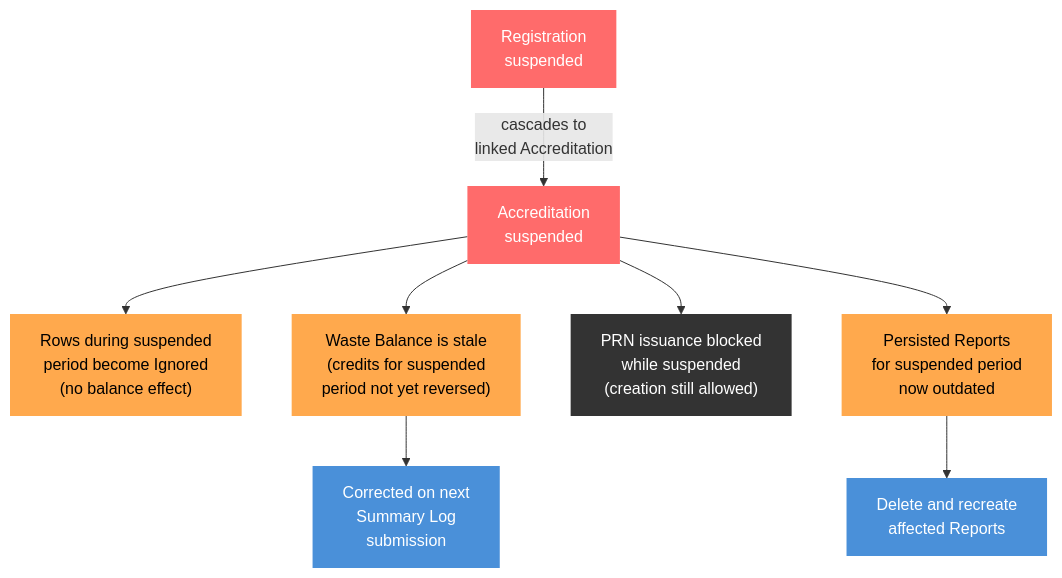
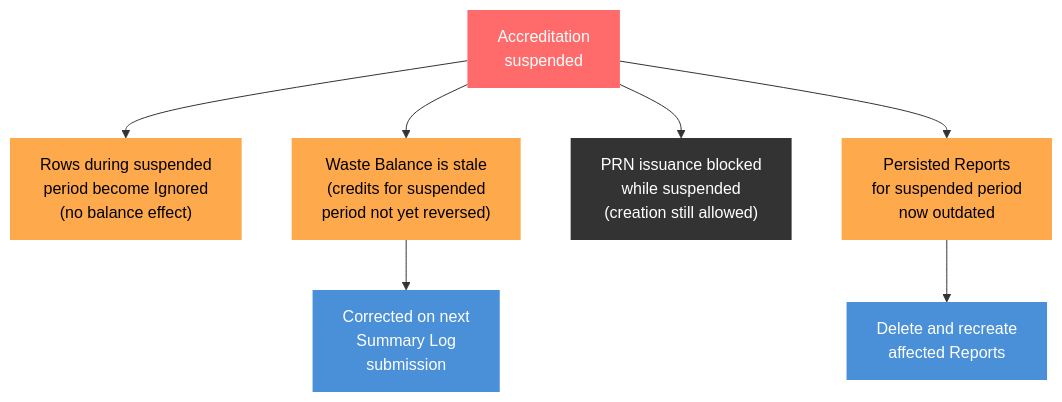
One commit to DEFRA/epr-re-ex-service changed the sixth of 11 diagrams in docs/architecture/defined/summary-log-data-flow.md. Above: the diagram before and after it, drawn with Mermaid. The commit also changed other lines of this file and 4 other files, not shown here.

````diff
--- a/docs/architecture/defined/summary-log-data-flow.md
+++ b/docs/architecture/defined/summary-log-data-flow.md
@@ -214,21 +214,18 @@
 ```mermaid
 flowchart TD
     classDef trigger fill:#ff6b6b,color:#fff,stroke:none
     classDef stale fill:#ffa94d,color:#000,stroke:none
     classDef auto fill:#51cf66,color:#000,stroke:none
     classDef manual fill:#4a90d9,color:#fff,stroke:none
     classDef blocked fill:#333,color:#fff,stroke:none
 
-    T1["Registration\nsuspended"]:::trigger
     T2["Accreditation\nsuspended"]:::trigger
-
-    T1 -->|"cascades to\nlinked Accreditation"| T2
 
     T2 --> CLASS["Rows during suspended\nperiod become Ignored\n(no balance effect)"]:::stale
     T2 --> WB["Waste Balance is stale\n(credits for suspended\nperiod not yet reversed)"]:::stale
     T2 --> PRN_BLOCK["PRN issuance blocked\nwhile suspended\n(creation still allowed)"]:::blocked
     T2 --> RPT_P["Persisted Reports\nfor suspended period\nnow outdated"]:::stale
 
     WB --> WB_FIX["Corrected on next\nSummary Log\nsubmission"]:::manual
     RPT_P --> RPT_FIX["Delete and recreate\naffected Reports"]:::manual
 ```
````
